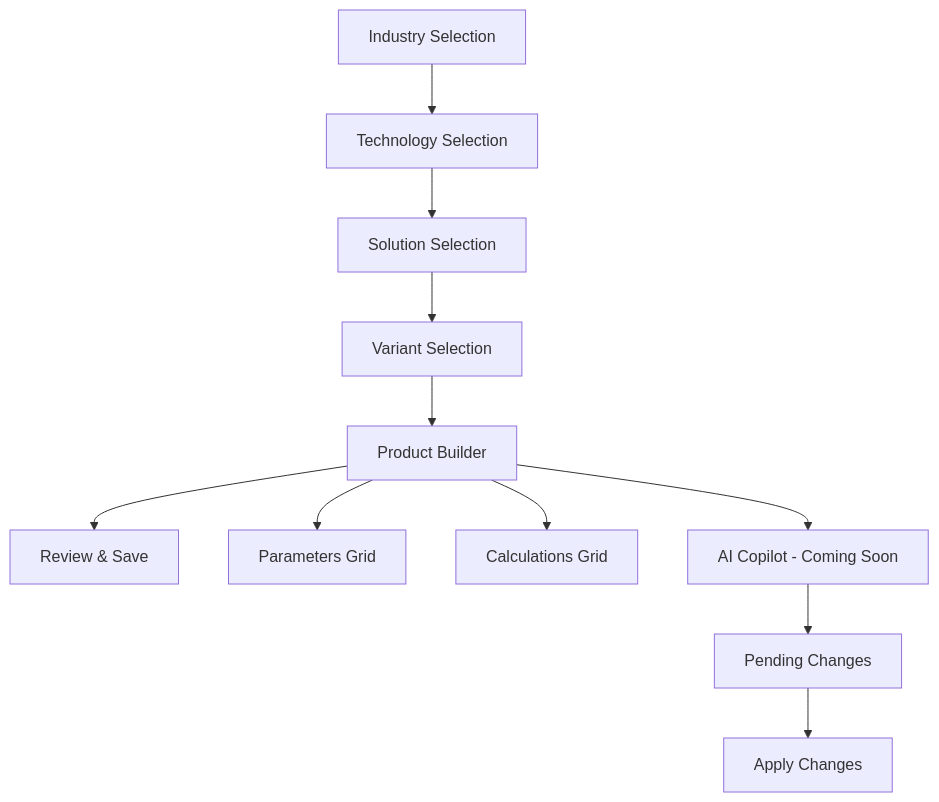
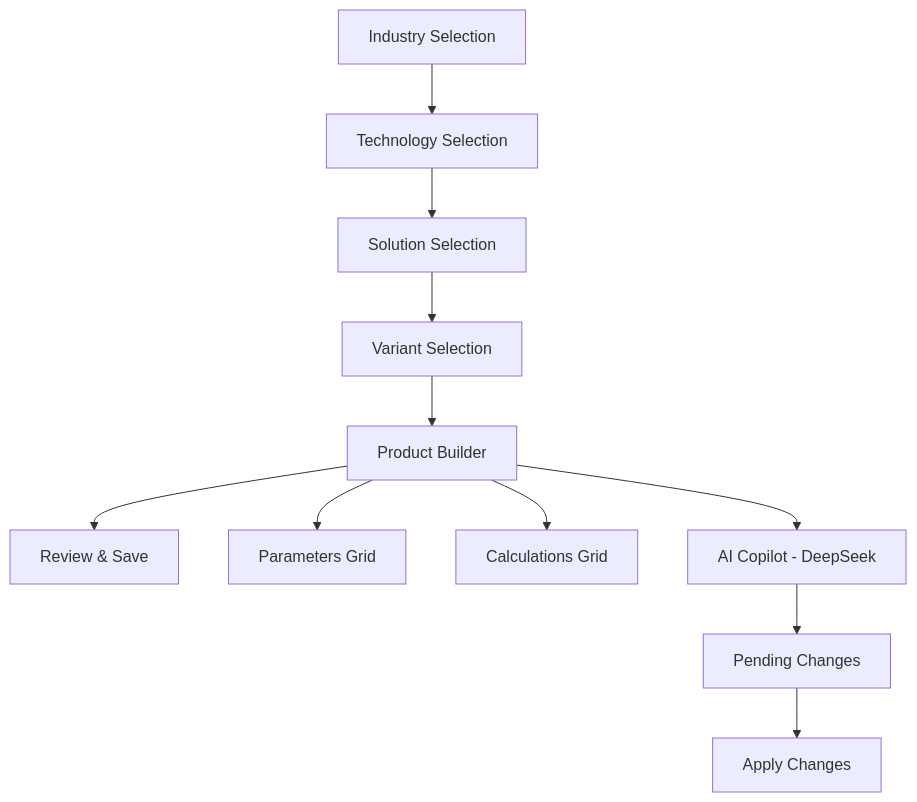
One commit to AlexKapadia/config-wizard-forge changed the diagram in README.md. Above: the diagram before and after it, drawn with Mermaid. The commit also changed other lines of this file and 12 other files, not shown here.

Commit message:
Complete platform implementation: DeepSeek AI integration, expanded data fixtures, layout fixes, and testing setup

````diff
--- a/README.md
+++ b/README.md
@@ -33,15 +64,15 @@
 ```mermaid
 graph TD
     A[Industry Selection] --> B[Technology Selection]
     B --> C[Solution Selection]
     C --> D[Variant Selection]
     D --> E[Product Builder]
     E --> F[Review & Save]
     
     E --> G[Parameters Grid]
     E --> H[Calculations Grid]
-    E --> I[AI Copilot - Coming Soon]
+    E --> I[AI Copilot - DeepSeek]
     
     I --> J[Pending Changes]
     J --> K[Apply Changes]
 ```
````
